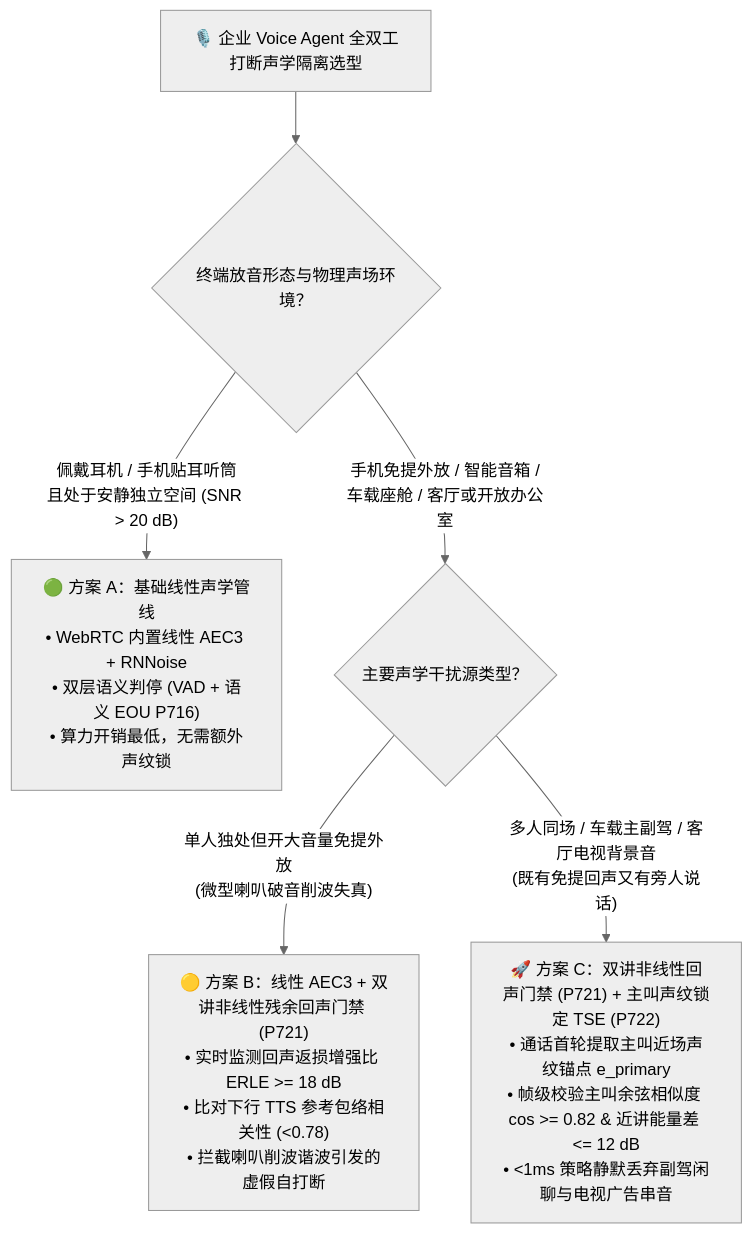
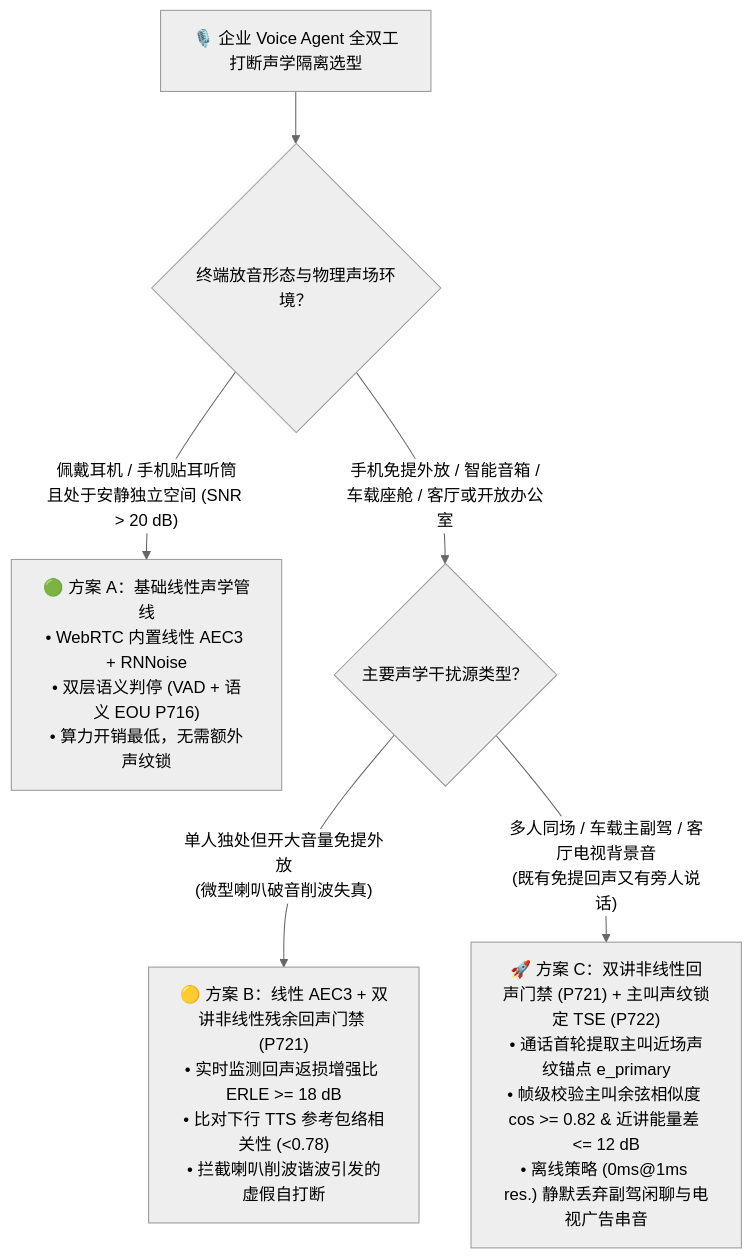
The first of 3 diagrams in voice/barge-in-echo-crosstalk-faq.md (turbo998/turbo998.github.io), drawn with Mermaid (neutral theme) before and after one commit. The commit also changed other lines of this file and 43 other files, not shown here.

````diff
--- a/voice/barge-in-echo-crosstalk-faq.md
+++ b/voice/barge-in-echo-crosstalk-faq.md
@@ -63,10 +63,10 @@
 ```mermaid
 flowchart TD
     Start["🎙️ 企业 Voice Agent 全双工打断声学隔离选型"] --> Q1{"终端放音形态与物理声场环境？"}
 
     Q1 -- "佩戴耳机 / 手机贴耳听筒\n且处于安静独立空间 (SNR > 20 dB)" --> BasicAEC["🟢 方案 A：基础线性声学管线\n• WebRTC 内置线性 AEC3 + RNNoise\n• 双层语义判停 (VAD + 语义 EOU P716)\n• 算力开销最低，无需额外声纹锁"]
     Q1 -- "手机免提外放 / 智能音箱 /\n车载座舱 / 客厅或开放办公室" --> Q2{"主要声学干扰源类型？"}
 
     Q2 -- "单人独处但开大音量免提外放\n(微型喇叭破音削波失真)" --> NonlinearGate["🟡 方案 B：线性 AEC3 + 双讲非线性残余回声门禁 (P721)\n• 实时监测回声返损增强比 ERLE >= 18 dB\n• 比对下行 TTS 参考包络相关性 (<0.78)\n• 拦截喇叭削波谐波引发的虚假自打断"]
-    Q2 -- "多人同场 / 车载主副驾 / 客厅电视背景音\n(既有免提回声又有旁人说话)" --> FullTSE["🚀 方案 C：双讲非线性回声门禁 (P721) + 主叫声纹锁定 TSE (P722)\n• 通话首轮提取主叫近场声纹锚点 e_primary\n• 帧级校验主叫余弦相似度 cos >= 0.82 & 近讲能量差 <= 12 dB\n• <1ms 策略静默丢弃副驾闲聊与电视广告串音"]
+    Q2 -- "多人同场 / 车载主副驾 / 客厅电视背景音\n(既有免提回声又有旁人说话)" --> FullTSE["🚀 方案 C：双讲非线性回声门禁 (P721) + 主叫声纹锁定 TSE (P722)\n• 通话首轮提取主叫近场声纹锚点 e_primary\n• 帧级校验主叫余弦相似度 cos >= 0.82 & 近讲能量差 <= 12 dB\n• 离线策略 (0ms@1ms res.) 静默丢弃副驾闲聊与电视广告串音"]
 ```
````
